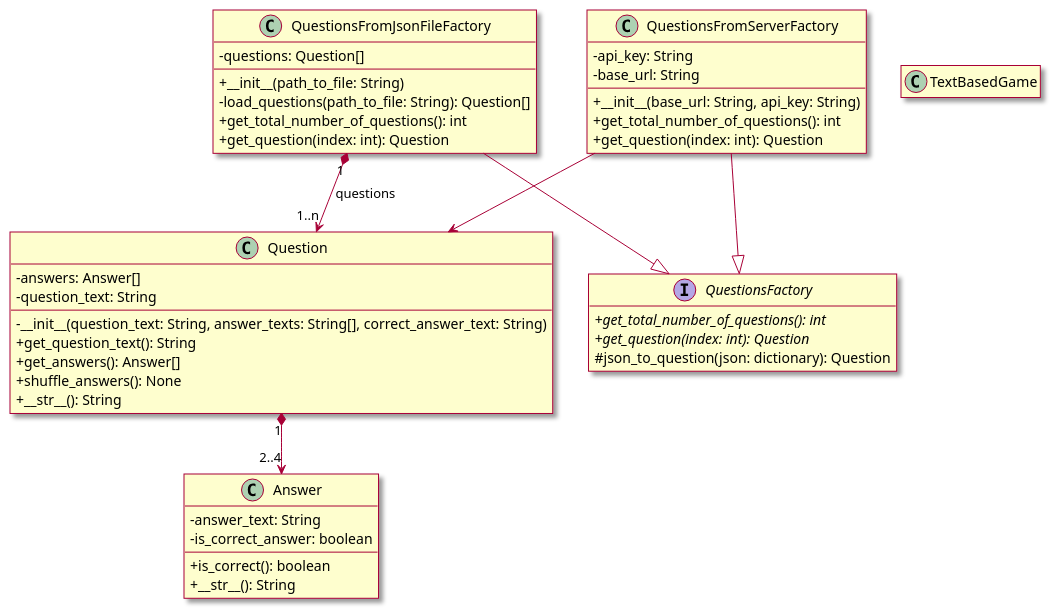
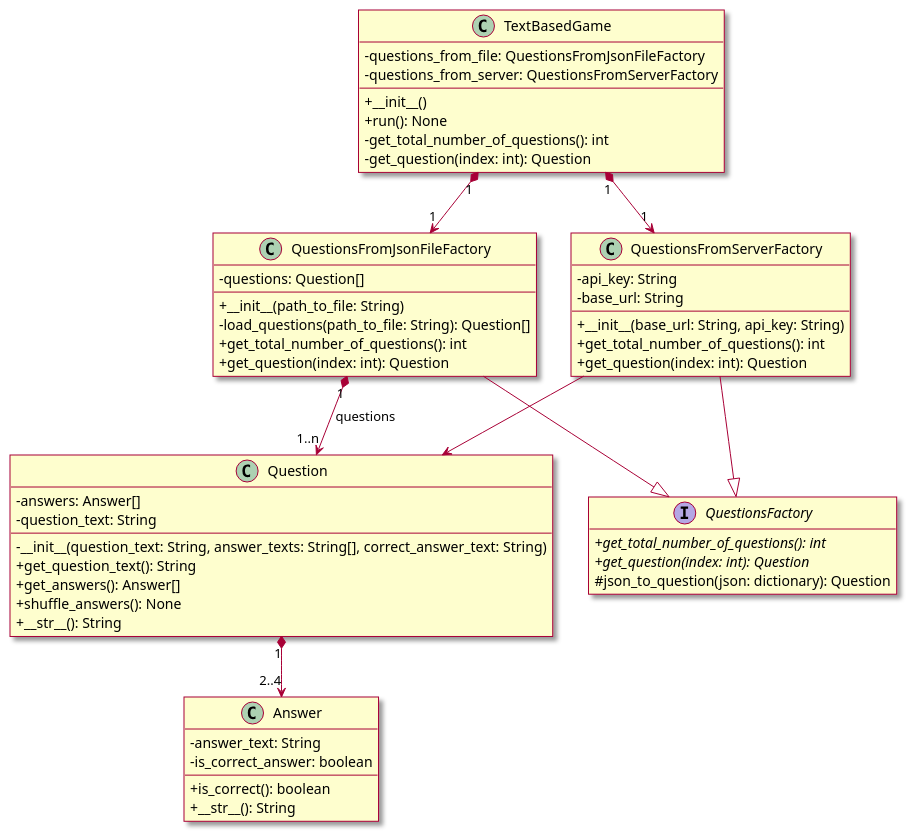
The diagram in diagrams/question_data.puml (killuari/quiz_game_ctk), drawn with PlantUML before and after one commit.

Commit message:
Implement TextBasedGame in UML

```diff
--- a/diagrams/question_data.puml
+++ b/diagrams/question_data.puml
@@ -1,55 +1,63 @@
 @startuml
 hide empty members
 skin rose
 skinparam classAttributeIconSize 0
 
 class Question {
     - answers: Answer[]
     - question_text: String
     - __init__(question_text: String, answer_texts: String[], correct_answer_text: String)
     + get_question_text(): String
     + get_answers(): Answer[]
     + shuffle_answers(): None
     + __str__(): String
 }
 
 class Answer {
     - answer_text: String
     - is_correct_answer: boolean
     + is_correct(): boolean
     + __str__(): String
 }
 
 class QuestionsFromJsonFileFactory {
     - questions: Question[]
     + __init__(path_to_file: String)
     - load_questions(path_to_file: String): Question[]
     + get_total_number_of_questions(): int
     + get_question(index: int): Question
 }
 
 class QuestionsFromServerFactory {
     - api_key: String
     - base_url: String
     + __init__(base_url: String, api_key: String)
     + get_total_number_of_questions(): int
     + get_question(index: int): Question
 }
 
 interface QuestionsFactory {
     + {abstract} get_total_number_of_questions(): int
     + {abstract} get_question(index: int): Question
     # json_to_question(json: dictionary): Question
 }
 
 class TextBasedGame {
-    
+    - questions_from_file: QuestionsFromJsonFileFactory
+    - questions_from_server: QuestionsFromServerFactory
+    + __init__()
+    + run(): None
+    - get_total_number_of_questions(): int
+    - get_question(index: int): Question
+
 }
 
 Question "1" *--> "2..4" Answer
 QuestionsFromJsonFileFactory "1" *--> "1..n" Question: questions
 QuestionsFromServerFactory --> Question
 QuestionsFromServerFactory --|> QuestionsFactory
 QuestionsFromJsonFileFactory --|> QuestionsFactory
+TextBasedGame "1" *--> "1" QuestionsFromJsonFileFactory
+TextBasedGame "1" *--> "1" QuestionsFromServerFactory
 
 @enduml
```
